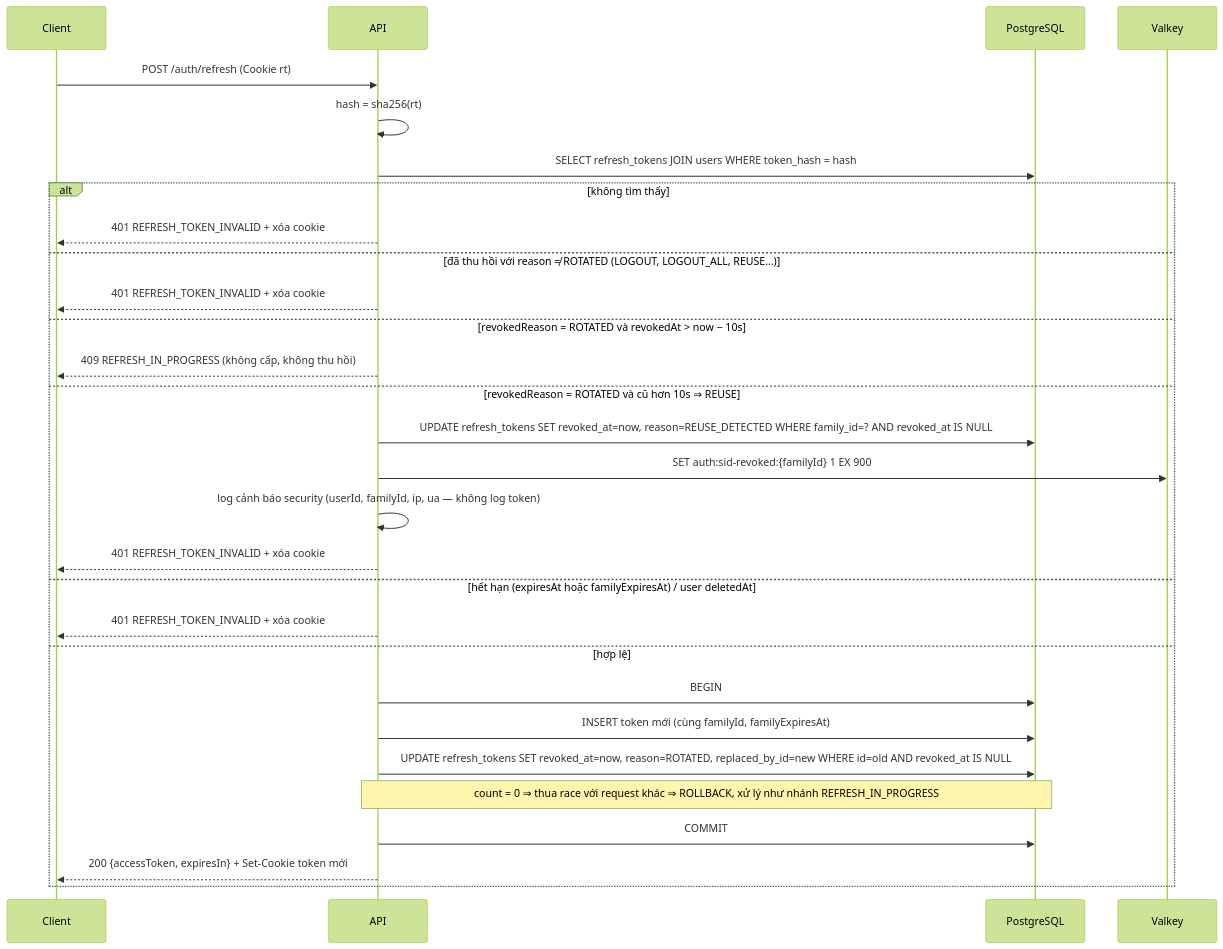
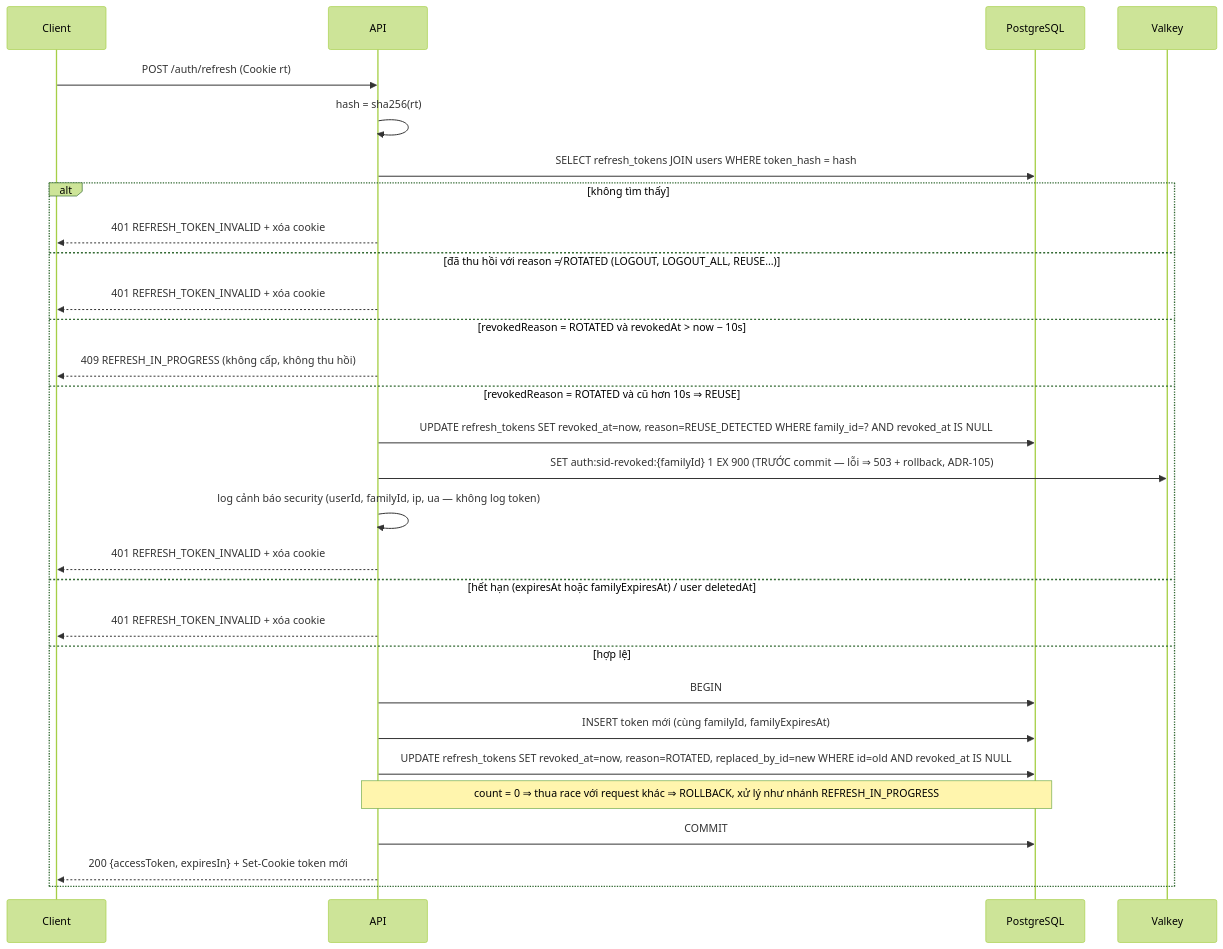
One commit to Nguyentuananh2112/taskflow-enterprise changed the second of 2 diagrams in docs/design/security.md. Above: the diagram before and after it, drawn with Mermaid (forest theme). The commit also changed other lines of this file and 74 other files, not shown here.

````diff
--- a/docs/design/security.md
+++ b/docs/design/security.md
@@ -72,31 +72,31 @@
 ```mermaid
 sequenceDiagram
   participant C as Client
   participant A as API
   participant DB as PostgreSQL
   participant R as Valkey
   C->>A: POST /auth/refresh (Cookie rt)
   A->>A: hash = sha256(rt)
   A->>DB: SELECT refresh_tokens JOIN users WHERE token_hash = hash
   alt không tìm thấy
     A-->>C: 401 REFRESH_TOKEN_INVALID + xóa cookie
   else đã thu hồi với reason ≠ ROTATED (LOGOUT, LOGOUT_ALL, REUSE…)
     A-->>C: 401 REFRESH_TOKEN_INVALID + xóa cookie
   else revokedReason = ROTATED và revokedAt > now − 10s
     A-->>C: 409 REFRESH_IN_PROGRESS (không cấp, không thu hồi)
   else revokedReason = ROTATED và cũ hơn 10s  ⇒ REUSE
     A->>DB: UPDATE refresh_tokens SET revoked_at=now, reason=REUSE_DETECTED WHERE family_id=? AND revoked_at IS NULL
-    A->>R: SET auth:sid-revoked:{familyId} 1 EX 900
+    A->>R: SET auth:sid-revoked:{familyId} 1 EX 900 (TRƯỚC commit — lỗi ⇒ 503 + rollback, ADR-105)
     A->>A: log cảnh báo security (userId, familyId, ip, ua — không log token)
     A-->>C: 401 REFRESH_TOKEN_INVALID + xóa cookie
   else hết hạn (expiresAt hoặc familyExpiresAt) / user deletedAt
     A-->>C: 401 REFRESH_TOKEN_INVALID + xóa cookie
   else hợp lệ
     A->>DB: BEGIN
     A->>DB: INSERT token mới (cùng familyId, familyExpiresAt)
     A->>DB: UPDATE refresh_tokens SET revoked_at=now, reason=ROTATED, replaced_by_id=new WHERE id=old AND revoked_at IS NULL
     Note over A,DB: count = 0 ⇒ thua race với request khác ⇒ ROLLBACK, xử lý như nhánh REFRESH_IN_PROGRESS
     A->>DB: COMMIT
     A-->>C: 200 {accessToken, expiresIn} + Set-Cookie token mới
   end
 ```
````
